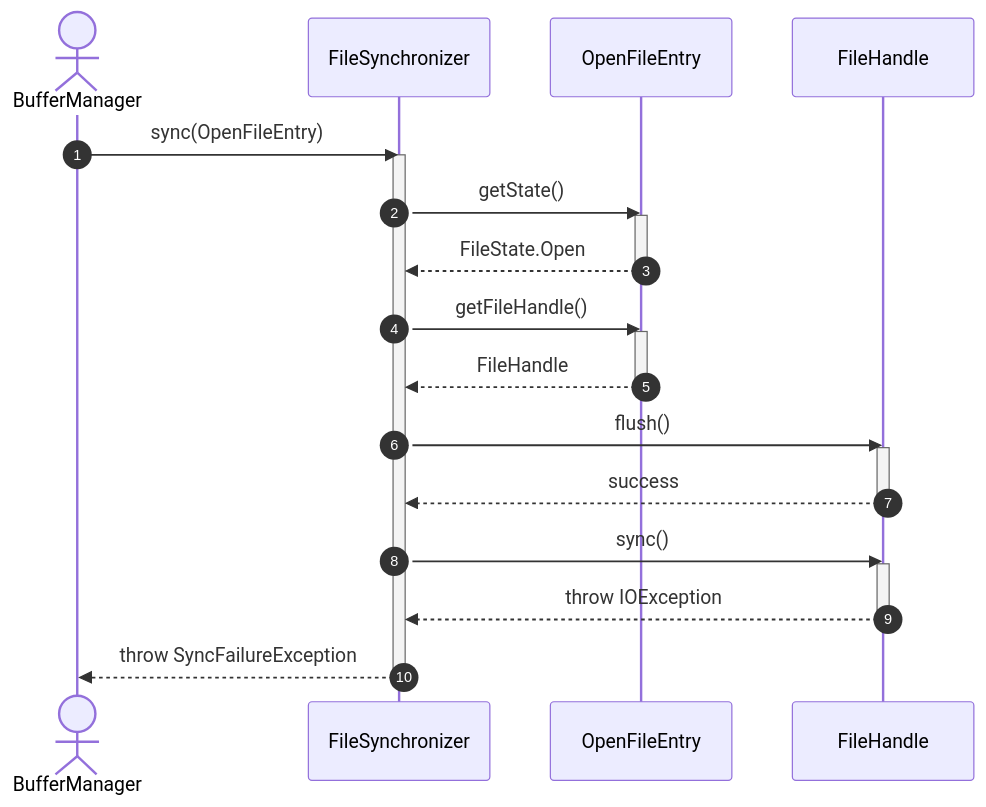
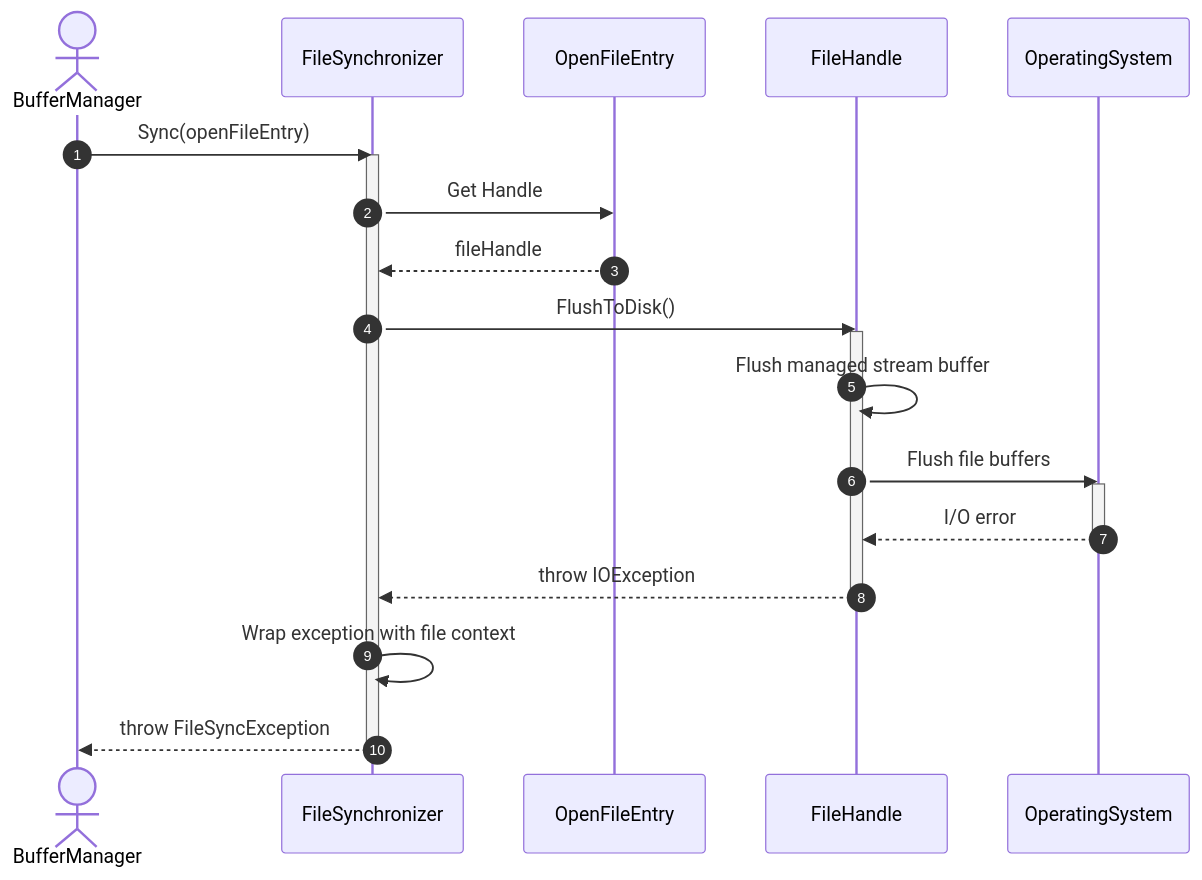
Before and after one commit to manaxpow/DBMS: the second of 2 diagrams in docs/diagrams/sequence-diagrams/storage-engine/file-management/file-io/sync-file.md, drawn with Mermaid. The commit also changed other lines of this file and 41 other files, not shown here.

Commit message:
#3 upload class and sequencce diagram

````diff
--- a/docs/diagrams/sequence-diagrams/storage-engine/file-management/file-io/sync-file.md
+++ b/docs/diagrams/sequence-diagrams/storage-engine/file-management/file-io/sync-file.md
@@ -72,34 +60,35 @@
 ```mermaid
 sequenceDiagram
     autonumber
+
     actor BM as BufferManager
     participant FS as FileSynchronizer
     participant OE as OpenFileEntry
     participant FH as FileHandle
+    participant OS as OperatingSystem
 
-    BM->>FS: sync(OpenFileEntry)
+    BM->>FS: Sync(openFileEntry)
     activate FS
-    
-    FS->>OE: getState()
-    activate OE
-    OE-->>FS: FileState.Open
-    deactivate OE
-    
-    FS->>OE: getFileHandle()
-    activate OE
-    OE-->>FS: FileHandle
-    deactivate OE
-    
-    FS->>FH: flush()
+
+    FS->>OE: Get Handle
+    OE-->>FS: fileHandle
+
+    FS->>FH: FlushToDisk()
     activate FH
-    FH-->>FS: success
-    deactivate FH
-    
-    FS->>FH: sync()
-    activate FH
+
+    FH->>FH: Flush managed stream buffer
+
+    FH->>OS: Flush file buffers
+    activate OS
+
+    OS-->>FH: I/O error
+    deactivate OS
+
     FH-->>FS: throw IOException
     deactivate FH
-    
-    FS-->>BM: throw SyncFailureException
+
+    FS->>FS: Wrap exception with file context
+
+    FS-->>BM: throw FileSyncException
     deactivate FS
 ```
````
